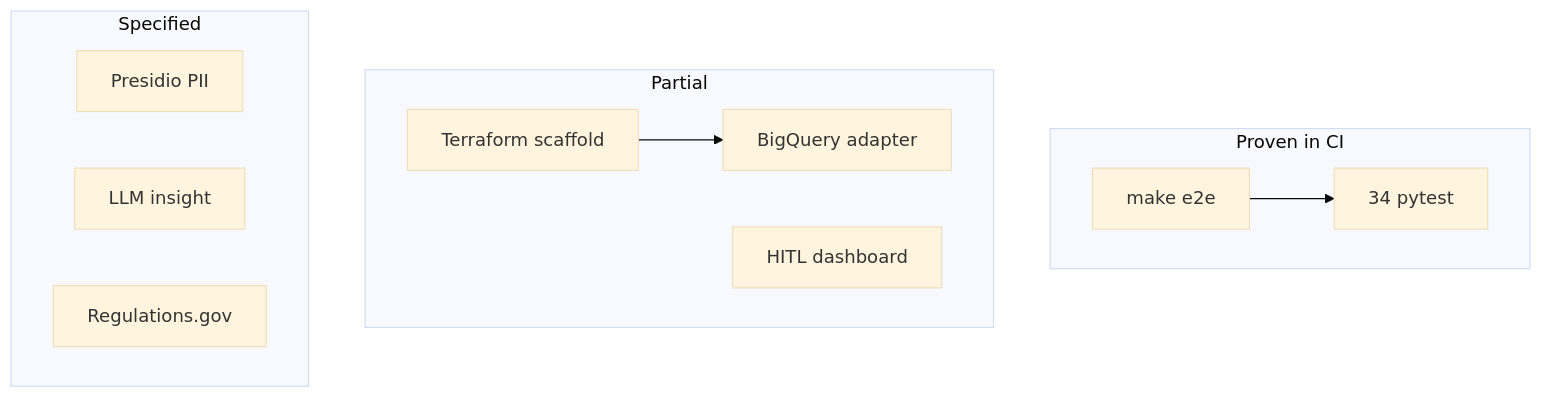
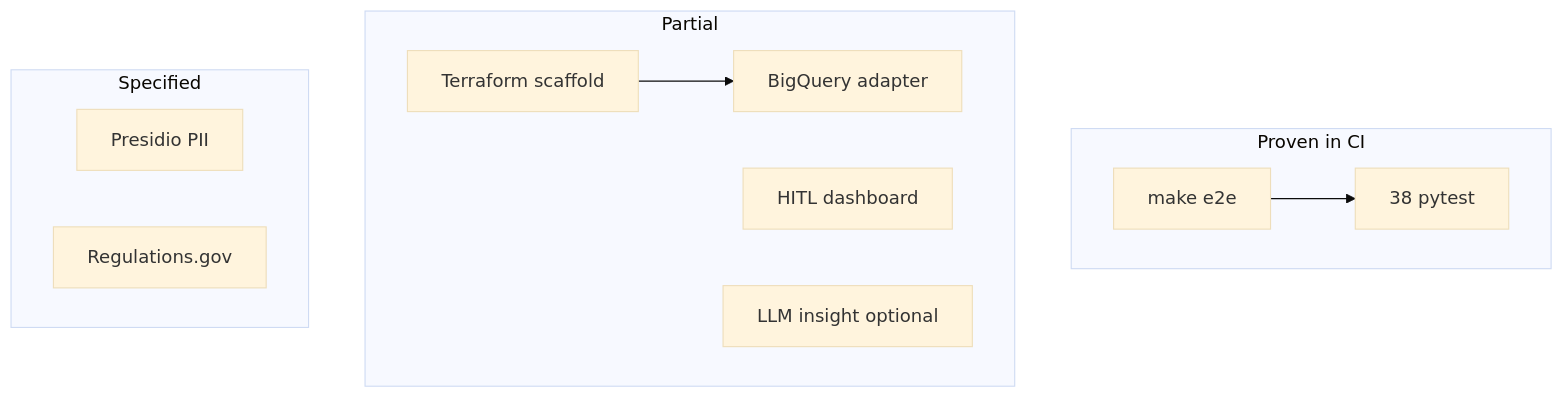
The diagram in docs/FINAL-REVIEW.md (khaosans/operator-etl), drawn with Mermaid (base theme) before and after one commit. The commit also changed other lines of this file and 44 other files, not shown here.

First line of the commit message:
Add optional OpenAI-compatible LLM insights with a template default. (#4)

````diff
--- a/docs/FINAL-REVIEW.md
+++ b/docs/FINAL-REVIEW.md
@@ -45,22 +45,22 @@
 ```mermaid
 flowchart TB
   subgraph proven [Proven in CI]
     E2E[make e2e]
-    Pytest[34 pytest]
+    Pytest[38 pytest]
   end
 
   subgraph partial [Partial]
     TF[Terraform scaffold]
     BQ[BigQuery adapter]
     HITL[HITL dashboard]
+    LLM[LLM insight optional]
   end
 
   subgraph specified [Specified]
     Presidio[Presidio PII]
-    LLM[LLM insight]
     RegGov[Regulations.gov]
   end
 
   E2E --> Pytest
   TF --> BQ
 ```
````
